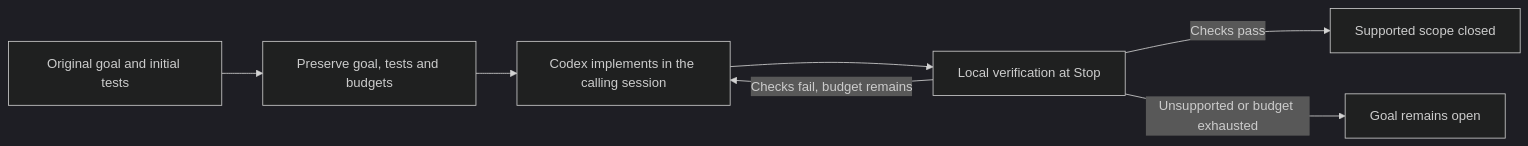
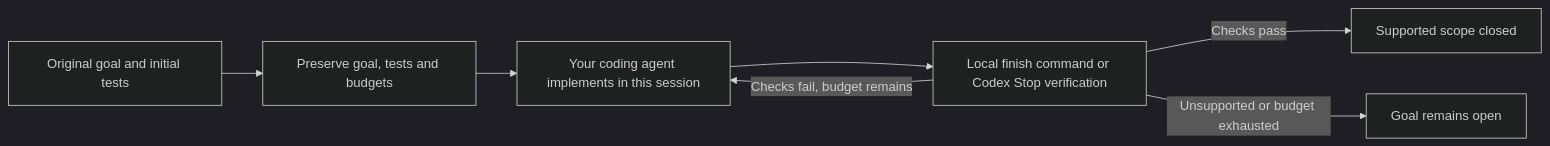
Before and after one commit to InfinitySpeed/goalpilot: the diagram in README.md, drawn with Mermaid (dark theme). The commit also changed other lines of this file and 7 other files, not shown here.

````diff
--- a/README.md
+++ b/README.md
@@ -58,9 +82,9 @@
 ```mermaid
 flowchart LR
     A[Original goal and initial tests] --> B[Preserve goal, tests and budgets]
-    B --> C[Codex implements in the calling session]
-    C --> D[Local verification at Stop]
+    B --> C[Your coding agent implements in this session]
+    C --> D[Local finish command or Codex Stop verification]
     D -->|Checks pass| E[Supported scope closed]
     D -->|Checks fail, budget remains| C
     D -->|Unsupported or budget exhausted| F[Goal remains open]
 ```
````
